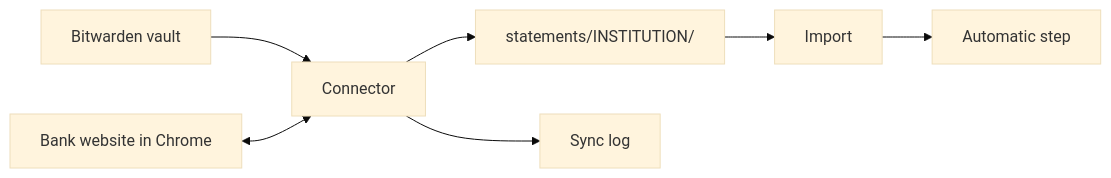
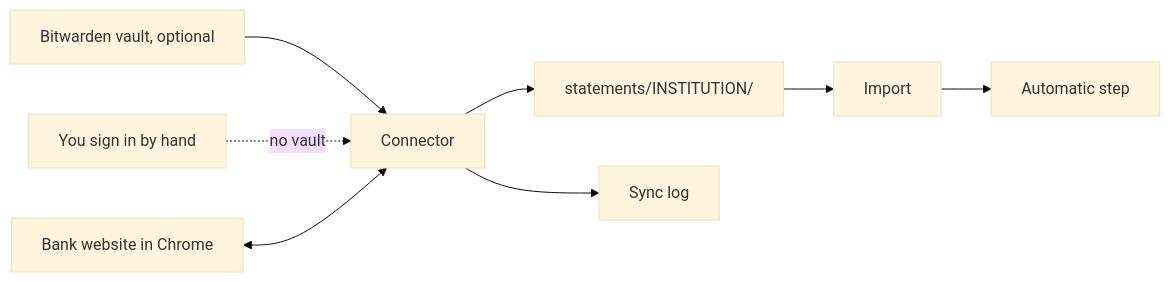
Before and after one commit to spinningyoyo/omsync: the first of 3 diagrams in docs/architecture/sync.md, drawn with Mermaid (base theme). The commit also changed other lines of this file and 55 other files, not shown here.

First line of the commit message:
feat(access): sign in with the computer's owner check and make the vault optional

````diff
--- a/docs/architecture/sync.md
+++ b/docs/architecture/sync.md
@@ -10,9 +10,10 @@
 ```mermaid
 flowchart LR
-    Vault[Bitwarden vault] --> Connector
+    Vault[Bitwarden vault, optional] --> Connector
+    You[You sign in by hand] -.->|no vault| Connector
     Bank[Bank website in Chrome] <--> Connector
     Connector --> Files["statements/INSTITUTION/"]
     Files --> Import
     Import --> Auto[Automatic step]
     Connector --> Log[Sync log]
 ```
````
